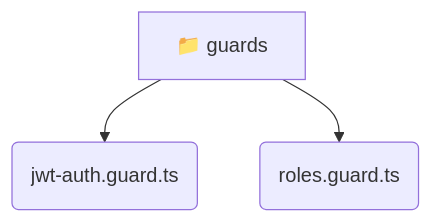
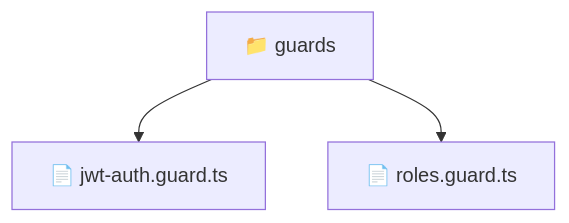
One commit to beginwebdev2002/fullstack-mavluda changed the diagram in backend/src/common/guards/README.md. Above: the diagram before and after it, drawn with Mermaid. The commit also changed other lines of this file and 163 other files, not shown here.

````diff
--- a/backend/src/common/guards/README.md
+++ b/backend/src/common/guards/README.md
@@ -9,6 +9,6 @@
 ```mermaid
 graph TD
-  guards[📁 guards]
-  guards --> guards_jwt_auth_guard_ts(jwt-auth.guard.ts)
-  guards --> guards_roles_guard_ts(roles.guard.ts)
+  Root["📁 guards"]
+  Root --> jwtauthguardts["📄 jwt-auth.guard.ts"]
+  Root --> rolesguardts["📄 roles.guard.ts"]
 ```
````
